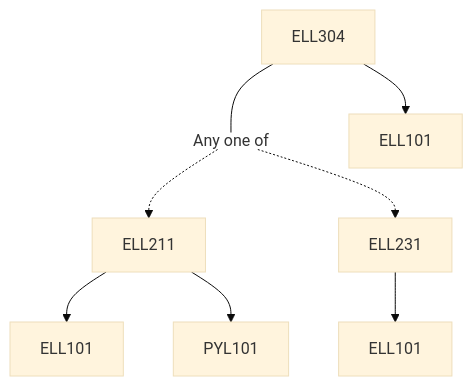
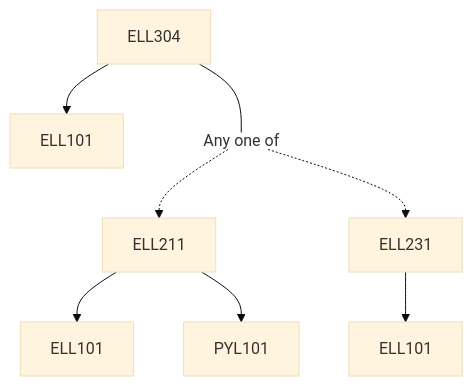
Before and after one commit to KeshavBansal0122/CoS_Website: the diagram in content/Electrical Engineering/ELL304.md, drawn with Mermaid (base theme). The commit also changed other lines of this file and 2667 other files, not shown here.

````diff
--- a/content/Electrical Engineering/ELL304.md
+++ b/content/Electrical Engineering/ELL304.md
@@ -15,14 +13,14 @@
 ```mermaid
 flowchart TD
-ELL304-33[ELL304]
-ELL304-33 --- Or34[Any one of]:::empty
-Or34 -.-> ELL211-35[ELL211]
-ELL211-35 --> ELL101-35[ELL101]
-ELL211-35 --> PYL101-35[PYL101]
-Or34 -.-> ELL231-36[ELL231]
-ELL231-36 --> ELL101-36[ELL101]
-ELL304-33 --> ELL101-33[ELL101]
+ELL304-1400[ELL304]
+ELL304-1400 --> ELL101-1400[ELL101]
+ELL304-1400 --- Or1401[Any one of]:::empty
+Or1401 -.-> ELL211-1402[ELL211]
+ELL211-1402 --> ELL101-1402[ELL101]
+ELL211-1402 --> PYL101-1402[PYL101]
+Or1401 -.-> ELL231-1403[ELL231]
+ELL231-1403 --> ELL101-1403[ELL101]
 
 classDef empty height:17px, fill:transparent, stroke:transparent;
 classDef trueEmpty height:0px, width:0px;
 ```
````
